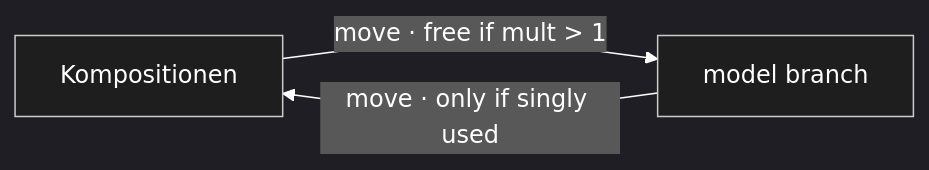
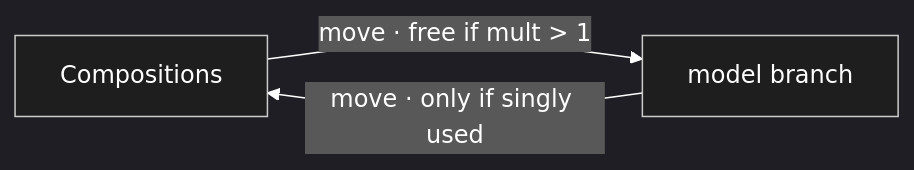
Before and after one commit to sfambach/wp-taxonomy-modeler: diagram 28 of 35 in docs/NewConcept/10-domain-core.md, drawn with Mermaid. The commit also changed other lines of this file and 1 other file, not shown here.

````diff
--- a/docs/NewConcept/10-domain-core.md
+++ b/docs/NewConcept/10-domain-core.md
@@ -1817,16 +1823,16 @@
 ```mermaid
 ---
 config:
   theme: dark
   themeVariables:
     mainBkg: "#1e1e1e"
     background: "#1e1e1e"
     primaryColor: "#1e1e1e"
     classText: "#ffffff"
     textColor: "#ffffff"
     lineColor: "#ffffff"
 ---
 flowchart LR
-    K[Kompositionen] -->|move · free if mult > 1| M[model branch]
+    K[Compositions] -->|move · free if mult > 1| M[model branch]
     M -->|move · only if singly used| K
 ```
````
